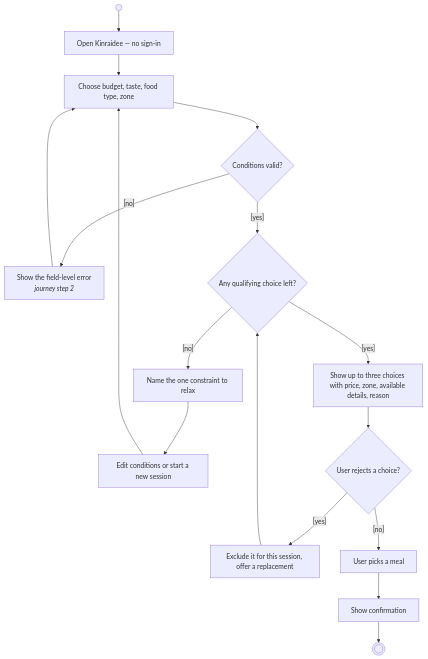
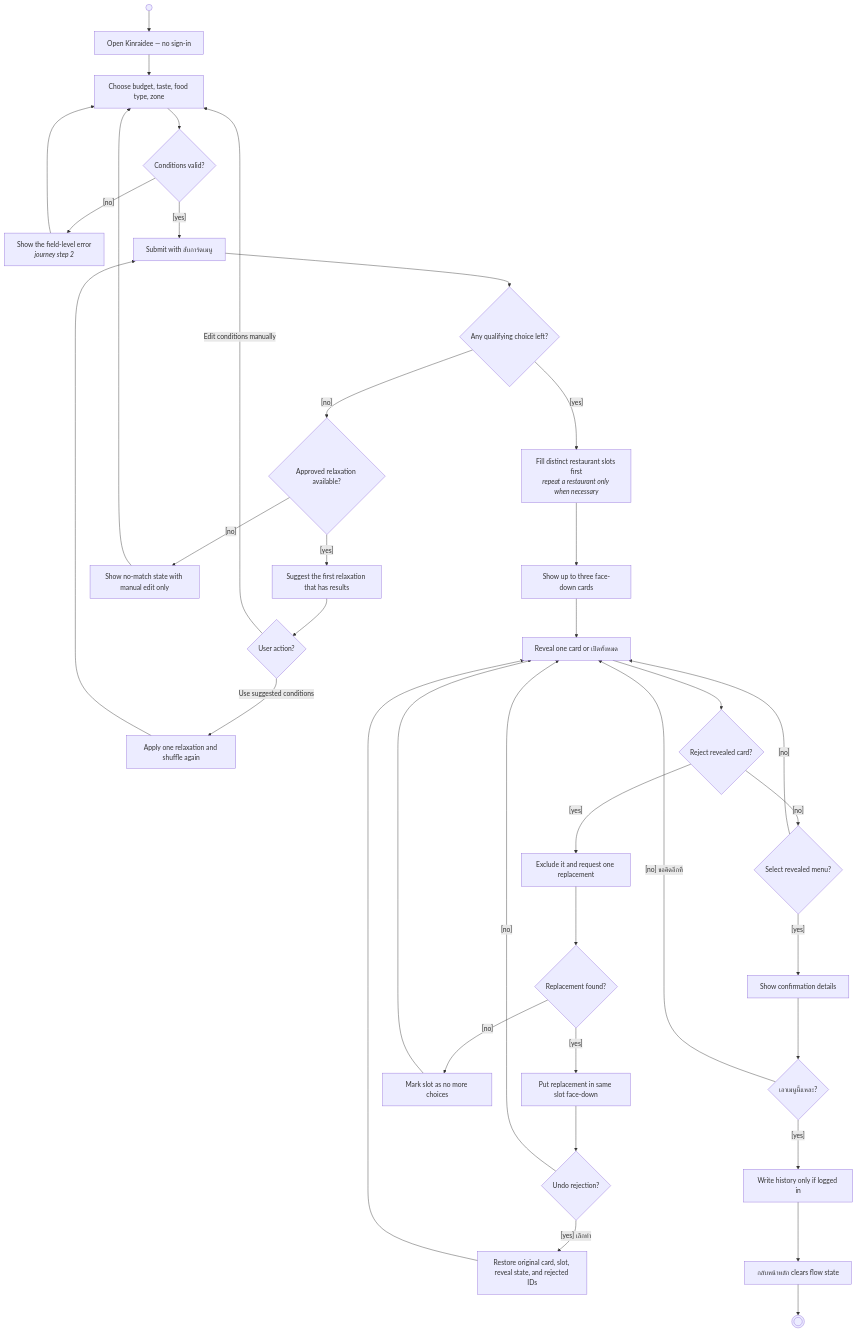
One commit to bear0420-47/Kinraidee changed the third of 3 diagrams in docs/02-design/diagrams.md. Above: the diagram before and after it, drawn with Mermaid. The commit also changed other lines of this file and 8 other files, not shown here.

````diff
--- a/docs/02-design/diagrams.md
+++ b/docs/02-design/diagrams.md
@@ -124,21 +124,41 @@
 ```mermaid
 flowchart TD
   start((" ")) --> s1["Open Kinraidee — no sign-in"]
   s1 --> s2["Choose budget, taste, food type, zone"]
   s2 --> v{"Conditions valid?"}
   v -->|"[no]"| e1["Show the field-level error<br/><i>journey step 2</i>"]
   e1 --> s2
-  v -->|"[yes]"| q{"Any qualifying choice left?"}
+  v -->|"[yes]"| cta["Submit with สับการ์ดเมนู"]
+  cta --> q{"Any qualifying choice left?"}
 
-  q -->|"[no]"| none["Name the one constraint to relax"]
-  none --> edit["Edit conditions or start a new session"]
-  edit --> s2
+  q -->|"[no]"| relax{"Approved relaxation available?"}
+  relax -->|"[yes]"| none["Suggest the first relaxation that has results"]
+  none --> noMatchAction{"User action?"}
+  noMatchAction -->|"Use suggested conditions"| useRelax["Apply one relaxation and shuffle again"]
+  useRelax --> cta
+  noMatchAction -->|"Edit conditions manually"| s2
+  relax -->|"[no]"| manual["Show no-match state with manual edit only"]
+  manual --> s2
 
-  q -->|"[yes]"| s3["Show up to three choices with price, zone, available details, reason"]
-  s3 --> d{"User rejects a choice?"}
-  d -->|"[yes]"| s4["Exclude it for this session, offer a replacement"]
-  s4 --> q
-  d -->|"[no]"| s5["User picks a meal"]
-  s5 --> conf["Show confirmation"]
-  conf --> done(((" ")))
+  q -->|"[yes]"| diversify["Fill distinct restaurant slots first<br/><i>repeat a restaurant only when necessary</i>"]
+  diversify --> s3["Show up to three face-down cards"]
+  s3 --> reveal["Reveal one card or เปิดทั้งหมด"]
+  reveal --> d{"Reject revealed card?"}
+  d -->|"[yes]"| s4["Exclude it and request one replacement"]
+  s4 --> replacement{"Replacement found?"}
+  replacement -->|"[yes]"| slot["Put replacement in same slot face-down"]
+  slot --> undo{"Undo rejection?"}
+  undo -->|"[yes] เลิกทำ"| restore["Restore original card, slot, reveal state, and rejected IDs"]
+  restore --> reveal
+  undo -->|"[no]"| reveal
+  replacement -->|"[no]"| emptySlot["Mark slot as no more choices"]
+  emptySlot --> reveal
+  d -->|"[no]"| pick{"Select revealed menu?"}
+  pick -->|"[no]"| reveal
+  pick -->|"[yes]"| conf["Show confirmation details"]
+  conf --> final{"เอาเมนูนี้แหละ?"}
+  final -->|"[no] ขอคิดอีกที"| reveal
+  final -->|"[yes]"| history["Write history only if logged in"]
+  history --> home["กลับหน้าหลัก clears flow state"]
+  home --> done(((" ")))
 ```
````
